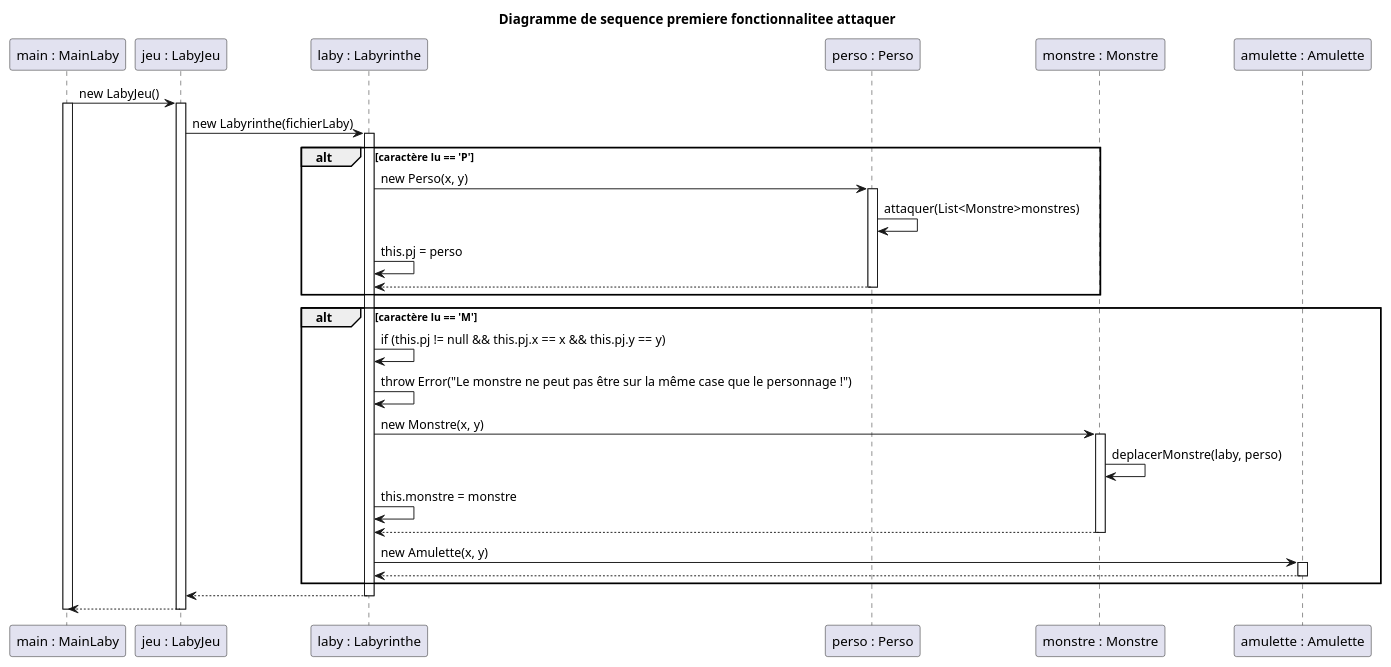
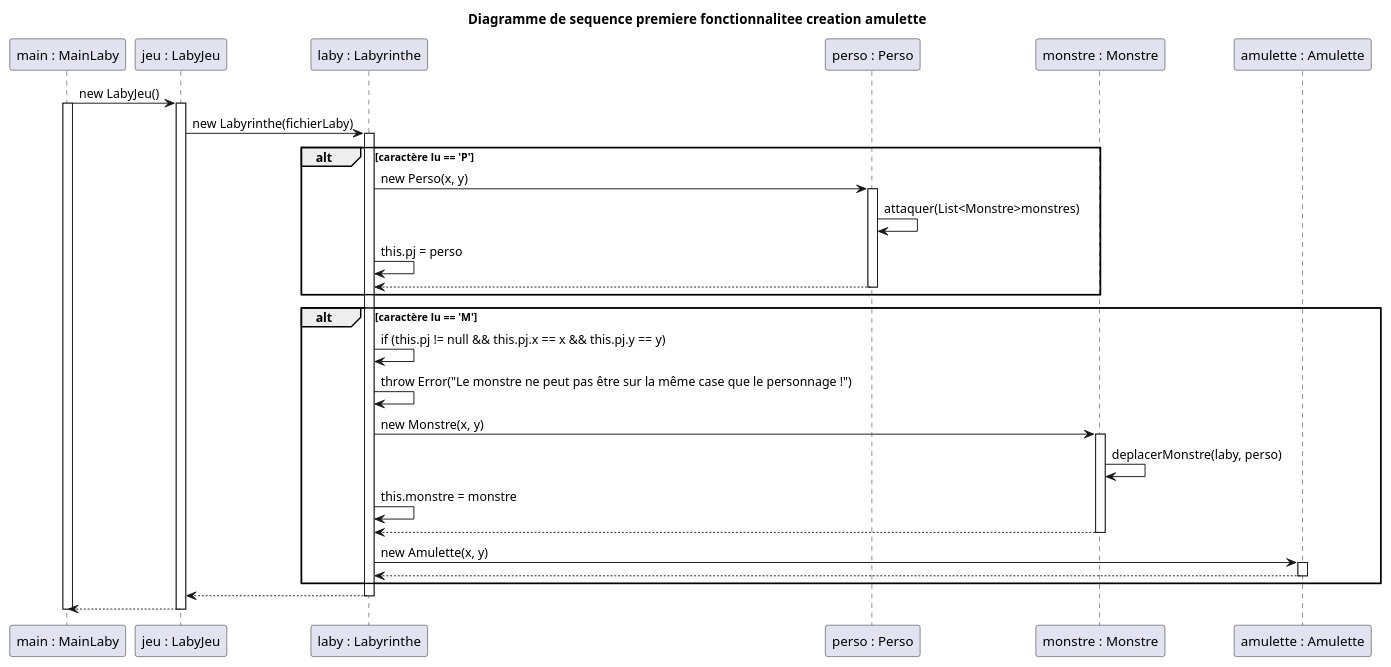
The diagram in documents/version_4/1_Premiere_fonctionnalitee_diagSeq.PUML (Fhm11/Projet_Zeldiablo), drawn with PlantUML before and after one commit. The commit also changed 12 other files, not shown here.

Commit message:
correction de beaucoup de diagramme

```diff
--- a/documents/version_4/1_Premiere_fonctionnalitee_diagSeq.PUML
+++ b/documents/version_4/1_Premiere_fonctionnalitee_diagSeq.PUML
@@ -1,50 +1,49 @@
 @startuml
-
-title Diagramme de sequence premiere fonctionnalitee attaquer
+title Diagramme de sequence premiere fonctionnalitee creation amulette
 
 participant "main : MainLaby" as main
 participant "jeu : LabyJeu" as jeu
 participant "laby : Labyrinthe" as laby
 participant "perso : Perso" as perso
 participant "monstre : Monstre" as monstre
 participant "amulette : Amulette" as amulette
 
 main -> jeu : new LabyJeu()
 activate main
 activate jeu
 
 jeu -> laby : new Labyrinthe(fichierLaby)
 activate laby
 
 alt caractère lu == 'P'
     laby -> perso : new Perso(x, y)
     activate perso
     perso -> perso : attaquer(List<Monstre>monstres)
     laby -> laby : this.pj = perso
     perso --> laby
     deactivate perso
 end
 
 alt caractère lu == 'M'
     laby -> laby : if (this.pj != null && this.pj.x == x && this.pj.y == y)
     laby -> laby : throw Error("Le monstre ne peut pas être sur la même case que le personnage !")
     
     laby -> monstre : new Monstre(x, y)
     activate monstre
     monstre -> monstre : deplacerMonstre(laby, perso)
     laby -> laby : this.monstre = monstre
     monstre --> laby
     deactivate monstre
     
     laby -> amulette : new Amulette(x, y)
     activate amulette
     amulette --> laby
     deactivate amulette
 end
 
 laby --> jeu
 deactivate laby
 jeu --> main
 deactivate jeu
 deactivate main
 @enduml
```
